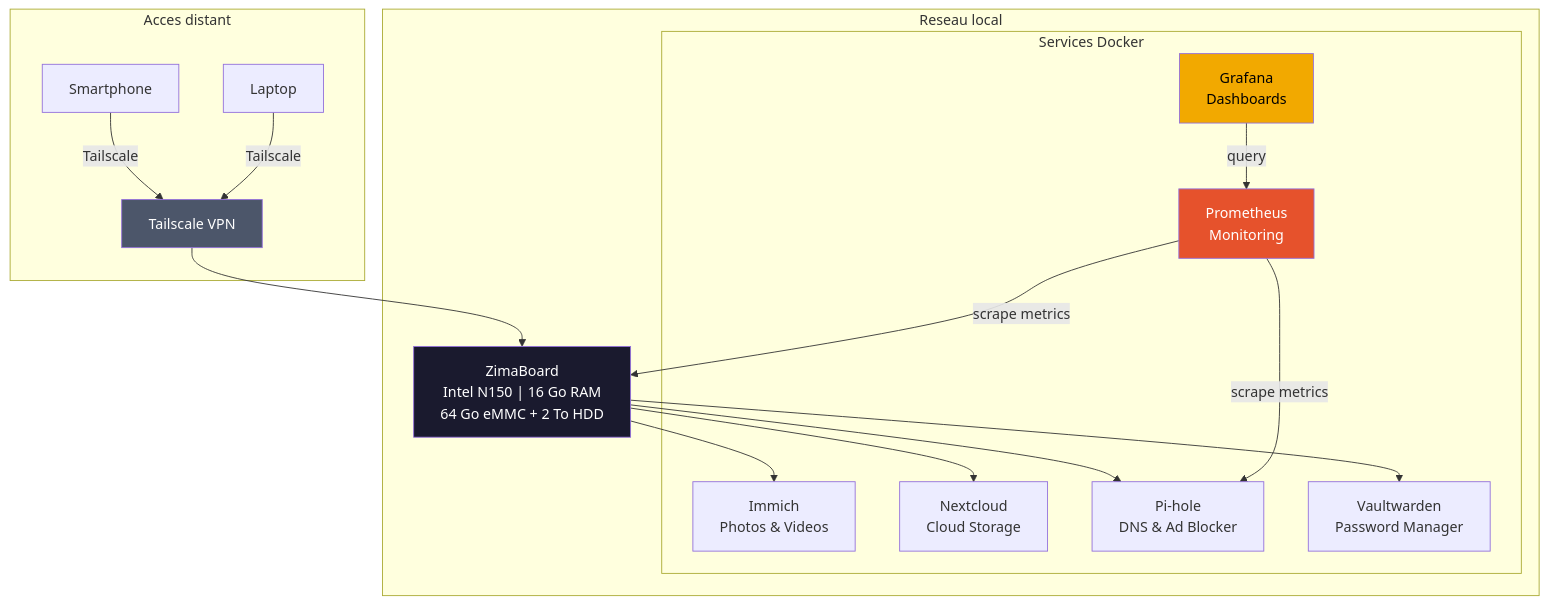
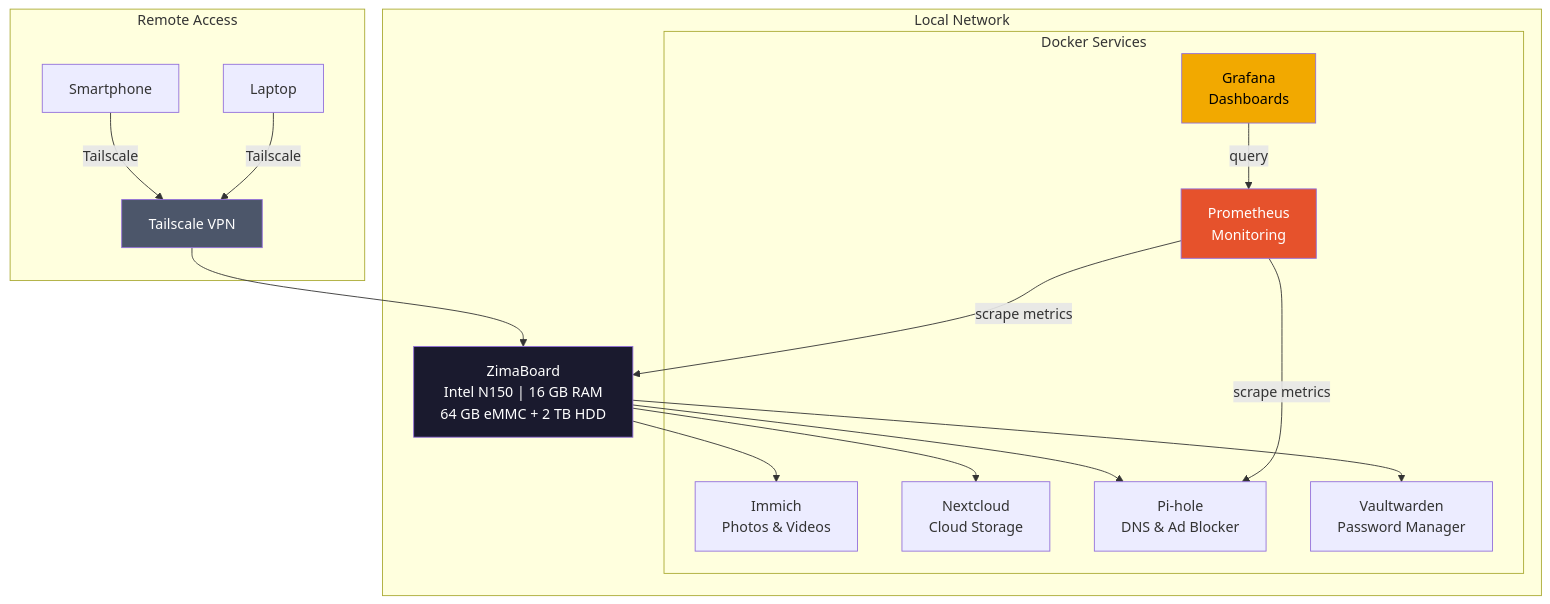
One commit to RustyHammer/homelab-infrastructure changed the first of 2 diagrams in README.md. Above: the diagram before and after it, drawn with Mermaid. The commit also changed other lines of this file and 2 other files, not shown here.

````diff
--- a/README.md
+++ b/README.md
@@ -9,37 +9,37 @@
 ```mermaid
 graph TB
-    subgraph "Reseau local"
-        ZB["ZimaBoard<br/>Intel N150 | 16 Go RAM<br/>64 Go eMMC + 2 To HDD"]
+    subgraph "Local Network"
+        ZB["ZimaBoard<br/>Intel N150 | 16 GB RAM<br/>64 GB eMMC + 2 TB HDD"]
 
-        subgraph "Services Docker"
+        subgraph "Docker Services"
             IM[Immich<br/>Photos & Videos]
             NC[Nextcloud<br/>Cloud Storage]
             PH[Pi-hole<br/>DNS & Ad Blocker]
             VW[Vaultwarden<br/>Password Manager]
             PR[Prometheus<br/>Monitoring]
             GR[Grafana<br/>Dashboards]
         end
     end
 
-    subgraph "Acces distant"
+    subgraph "Remote Access"
         TS[Tailscale VPN]
         PHONE[Smartphone]
         LAPTOP[Laptop]
     end
 
     PHONE -->|Tailscale| TS
     LAPTOP -->|Tailscale| TS
     TS --> ZB
     ZB --> IM
     ZB --> NC
     ZB --> PH
     ZB --> VW
     PR -->|scrape metrics| ZB
     PR -->|scrape metrics| PH
     GR -->|query| PR
 
     style ZB fill:#1a1a2e,color:#fff
     style TS fill:#4c566a,color:#fff
     style PR fill:#e6522c,color:#fff
     style GR fill:#f2a900,color:#000
 ```
````
